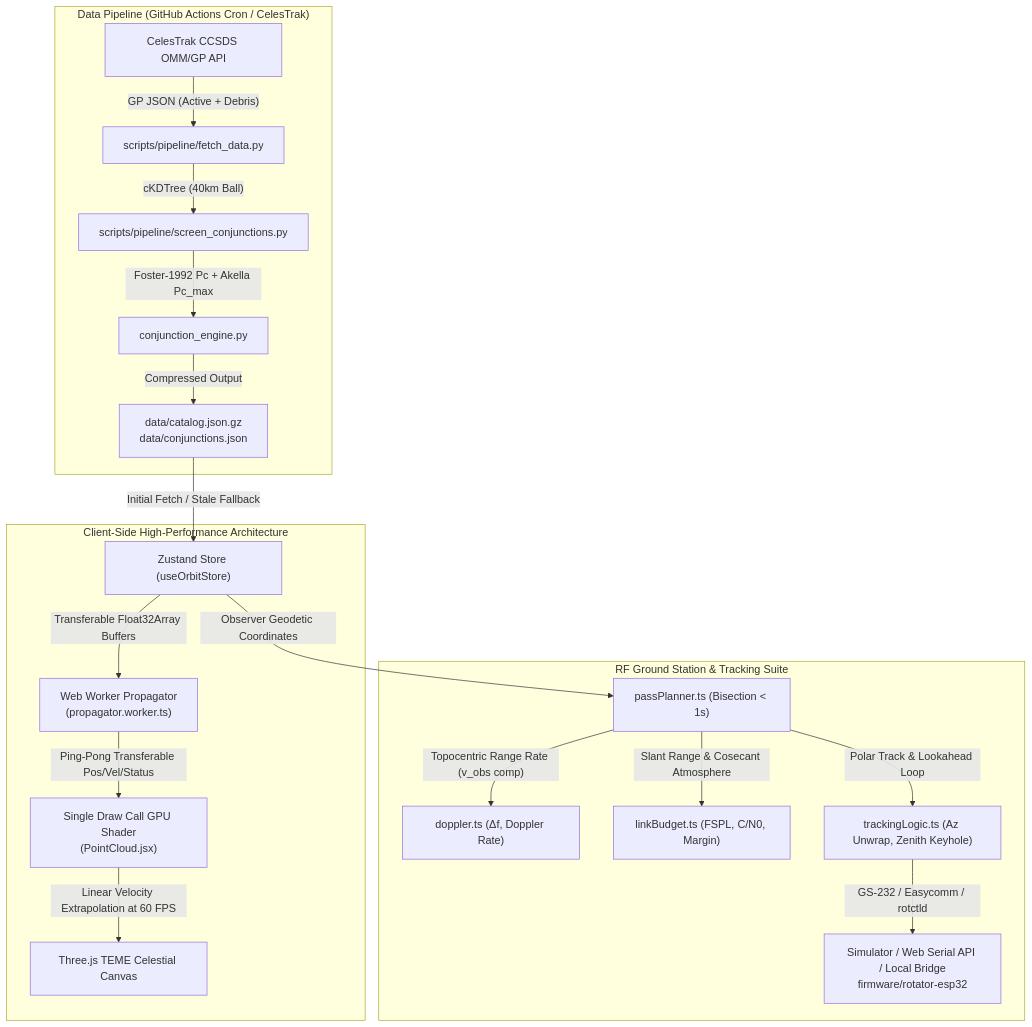
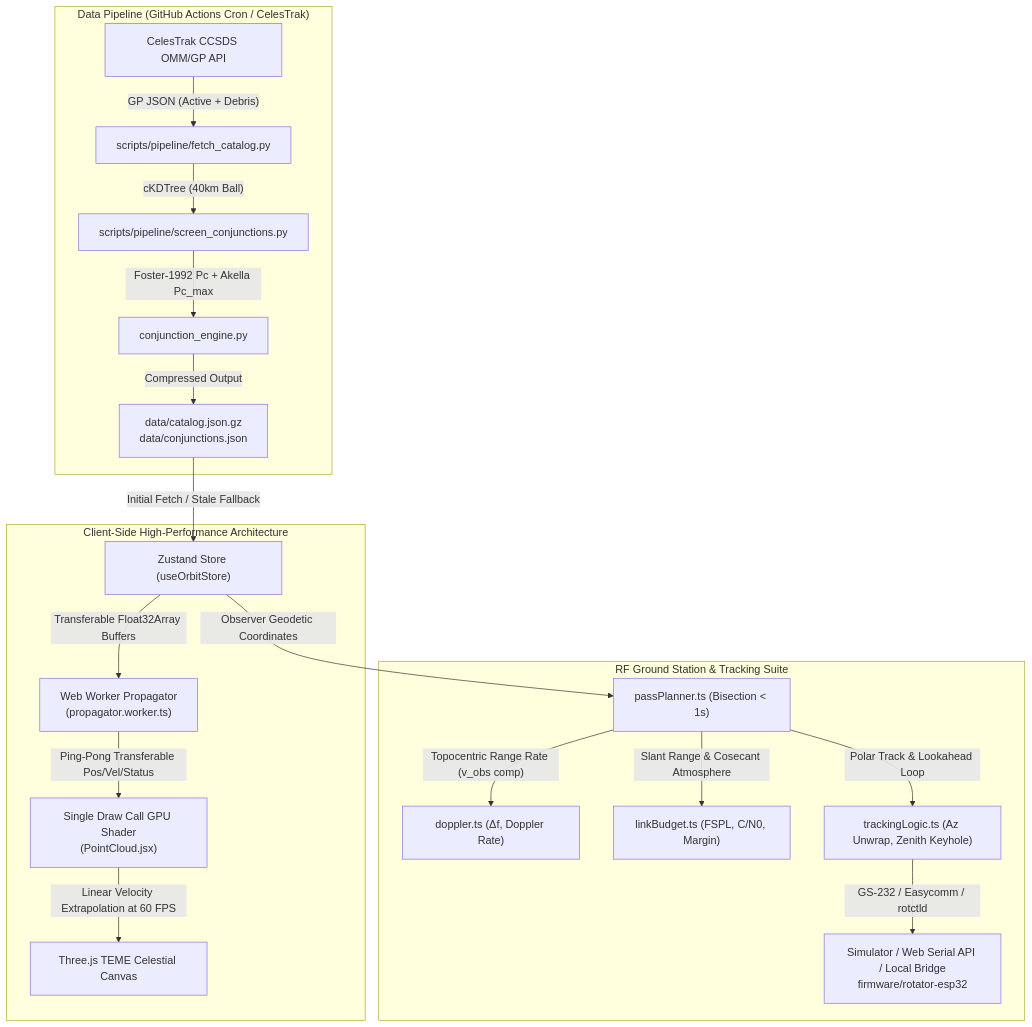
One commit to Hitesh070/ISRO-Orbit-Watch changed the diagram in README.md. Above: the diagram before and after it, drawn with Mermaid. The commit also changed other lines of this file and 36 other files, not shown here.

````diff
--- a/README.md
+++ b/README.md
@@ -33,24 +33,24 @@
 ```mermaid
 flowchart TD
     subgraph Data_Pipeline ["Data Pipeline (GitHub Actions Cron / CelesTrak)"]
-        CT["CelesTrak CCSDS OMM/GP API"] -->|"GP JSON (Active + Debris)"| Pipe["scripts/pipeline/fetch_data.py"]
+        CT["CelesTrak CCSDS OMM/GP API"] -->|"GP JSON (Active + Debris)"| Pipe["scripts/pipeline/fetch_catalog.py"]
         Pipe -->|"cKDTree (40km Ball)"| Screen["scripts/pipeline/screen_conjunctions.py"]
         Screen -->|"Foster-1992 Pc + Akella Pc_max"| Conj["conjunction_engine.py"]
         Conj -->|"Compressed Output"| Artifacts["data/catalog.json.gz<br/>data/conjunctions.json"]
     end
 
     subgraph Client_Core ["Client-Side High-Performance Architecture"]
         Artifacts -->|"Initial Fetch / Stale Fallback"| Store["Zustand Store (useOrbitStore)"]
         Store -->|"Transferable Float32Array Buffers"| Worker["Web Worker Propagator<br/>(propagator.worker.ts)"]
         Worker -->|"Ping-Pong Transferable Pos/Vel/Status"| GPU["Single Draw Call GPU Shader<br/>(PointCloud.jsx)"]
         GPU -->|"Linear Velocity Extrapolation at 60 FPS"| Canvas["Three.js TEME Celestial Canvas"]
     end
 
     subgraph RF_Hardware ["RF Ground Station & Tracking Suite"]
         Store -->|"Observer Geodetic Coordinates"| Pass["passPlanner.ts (Bisection < 1s)"]
         Pass -->|"Topocentric Range Rate (v_obs comp)"| Doppler["doppler.ts (Δf, Doppler Rate)"]
         Pass -->|"Slant Range & Cosecant Atmosphere"| Link["linkBudget.ts (FSPL, C/N0, Margin)"]
         Pass -->|"Polar Track & Lookahead Loop"| Track["trackingLogic.ts (Az Unwrap, Zenith Keyhole)"]
         Track -->|"GS-232 / Easycomm / rotctld"| Hardware["Simulator / Web Serial API / Local Bridge<br/>firmware/rotator-esp32"]
     end
 ```
````
